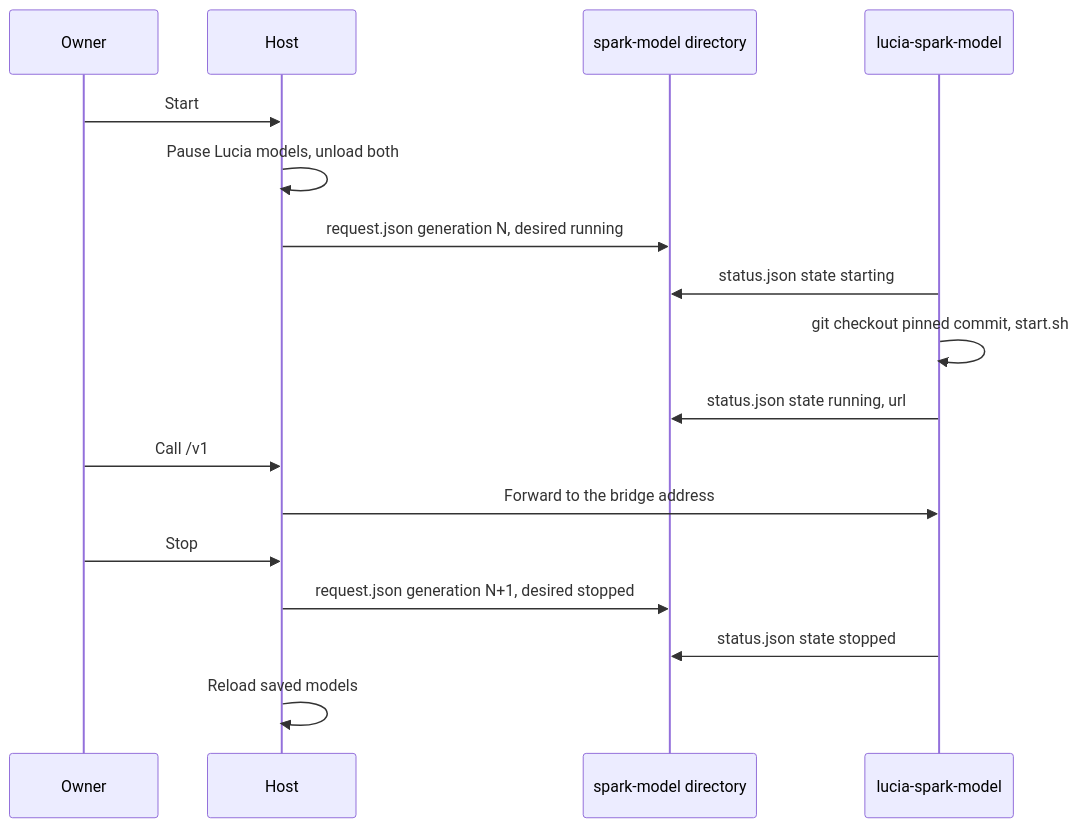
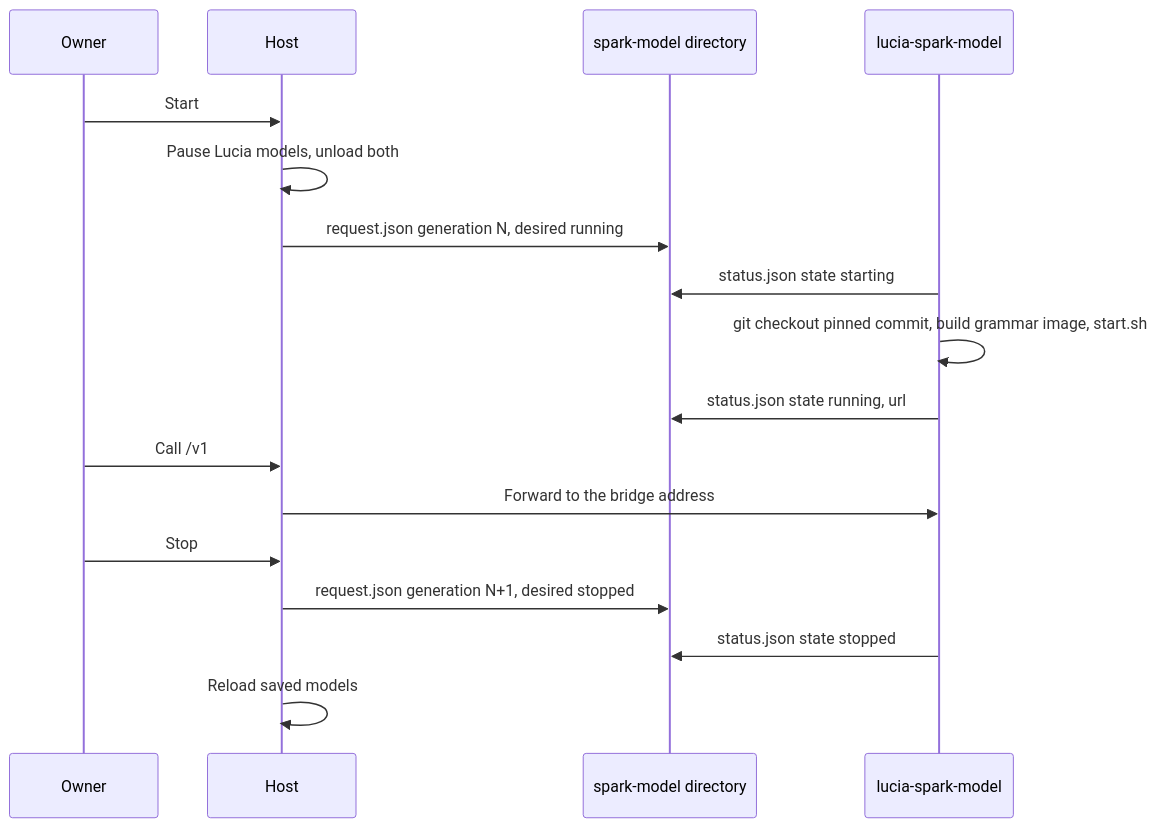
The second of 2 diagrams in docs-site/docs/deploy/local-ai.mdx (seiggy/lucia.os), drawn with Mermaid before and after one commit. The commit also changed other lines of this file and 1 other file, not shown here.

````diff
--- a/docs-site/docs/deploy/local-ai.mdx
+++ b/docs-site/docs/deploy/local-ai.mdx
@@ -128,19 +130,19 @@
 ```mermaid
 sequenceDiagram
   participant O as Owner
   participant H as Host
   participant F as spark-model directory
   participant S as lucia-spark-model
   O->>H: Start
   H->>H: Pause Lucia models, unload both
   H->>F: request.json generation N, desired running
   S->>F: status.json state starting
-  S->>S: git checkout pinned commit, start.sh
+  S->>S: git checkout pinned commit, build grammar image, start.sh
   S->>F: status.json state running, url
   O->>H: Call /v1
   H->>S: Forward to the bridge address
   O->>H: Stop
   H->>F: request.json generation N+1, desired stopped
   S->>F: status.json state stopped
   H->>H: Reload saved models
 ```
````
